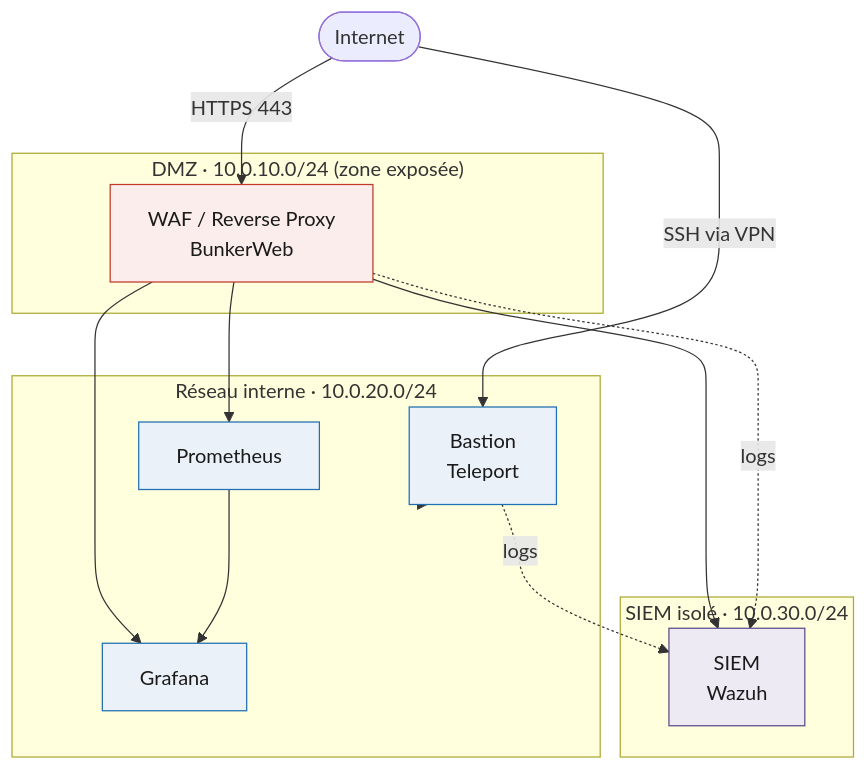
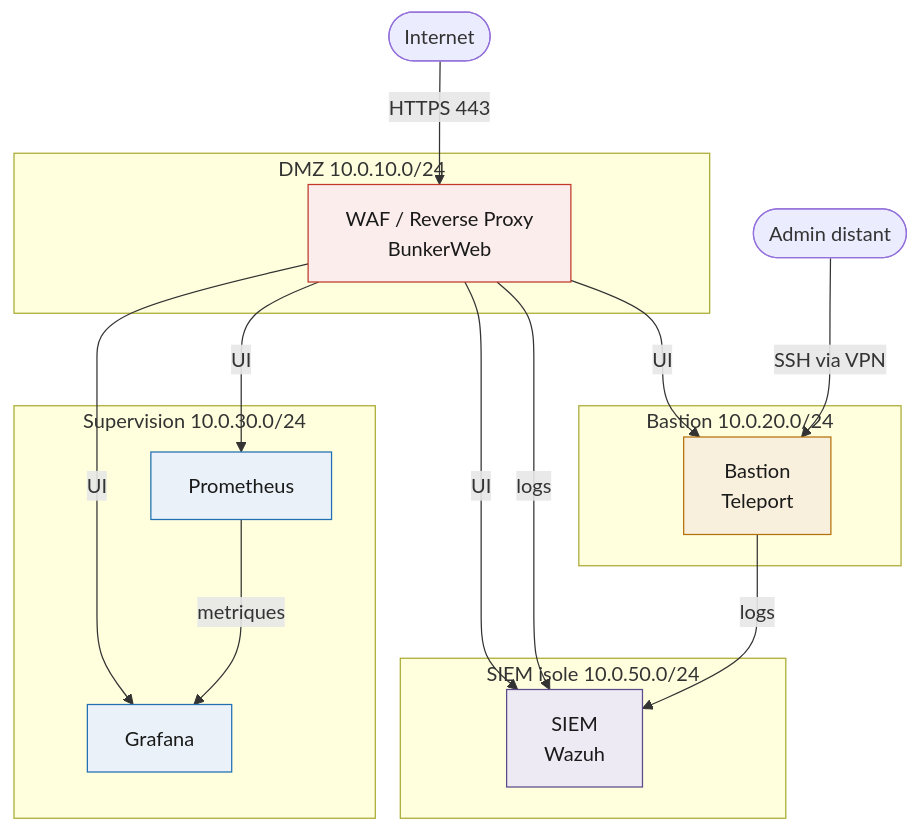
The first of 2 diagrams in README.md (Yorgalus/blue-team-homelab), drawn with Mermaid before and after one commit. The commit also changed other lines of this file, not shown here.

Commit message:
Revise README for clarity on architecture and roles
Updated the architecture diagram and descriptions in the README to clarify the roles and network segments. Enhanced the explanation of the WAF's function and the overall security architecture.

````diff
--- a/README.md
+++ b/README.md
@@ -14,35 +14,46 @@
 ```mermaid
 flowchart TB
     NET([Internet])
+    ADMIN([Admin distant])
 
-    subgraph DMZ["DMZ · 10.0.10.0/24 (zone exposée)"]
+    subgraph DMZ["DMZ 10.0.10.0/24"]
         WAF["WAF / Reverse Proxy<br/>BunkerWeb"]
     end
 
-    subgraph INT["Réseau interne · 10.0.20.0/24"]
-        BAST["Bastion<br/>Teleport"]
+    subgraph BAS["Bastion 10.0.20.0/24"]
+        TELE["Bastion<br/>Teleport"]
+    end
+
+    subgraph MON["Supervision 10.0.30.0/24"]
         GRAF["Grafana"]
         PROM["Prometheus"]
     end
 
-    subgraph SIEM_NET["SIEM isolé · 10.0.30.0/24"]
+    subgraph SIEMNET["SIEM isole 10.0.50.0/24"]
         WAZUH["SIEM<br/>Wazuh"]
     end
 
+    %% Acces web : tout passe par le WAF qui reverse-proxy vers les UI
     NET -->|HTTPS 443| WAF
-    NET -->|SSH via VPN| BAST
-    WAF --> GRAF
-    WAF --> PROM
-    WAF --> WAZUH
-    BAST --> INT
-    WAF -. logs .-> WAZUH
-    BAST -. logs .-> WAZUH
-    PROM --> GRAF
+    WAF -->|UI| TELE
+    WAF -->|UI| GRAF
+    WAF -->|UI| PROM
+    WAF -->|UI| WAZUH
+
+    %% Acces admin SSH : via le bastion a travers le VPN
+    ADMIN -->|SSH via VPN| TELE
+
+    %% Collecte : Prometheus scrape, tout journalise vers le SIEM
+    PROM -->|metriques| GRAF
+    WAF -->|logs| WAZUH
+    TELE -->|logs| WAZUH
 
     classDef dmz fill:#FBEDEC,stroke:#C0392B,color:#1a1a1a
-    classDef int fill:#EAF1F8,stroke:#1F6FB2,color:#1a1a1a
+    classDef bas fill:#F8EFDD,stroke:#B5710B,color:#1a1a1a
+    classDef mon fill:#EAF1F8,stroke:#1F6FB2,color:#1a1a1a
     classDef siem fill:#EDEAF4,stroke:#5B4B8A,color:#1a1a1a
     class WAF dmz
-    class BAST,GRAF,PROM int
+    class TELE bas
+    class GRAF,PROM mon
     class WAZUH siem
 ```
````
